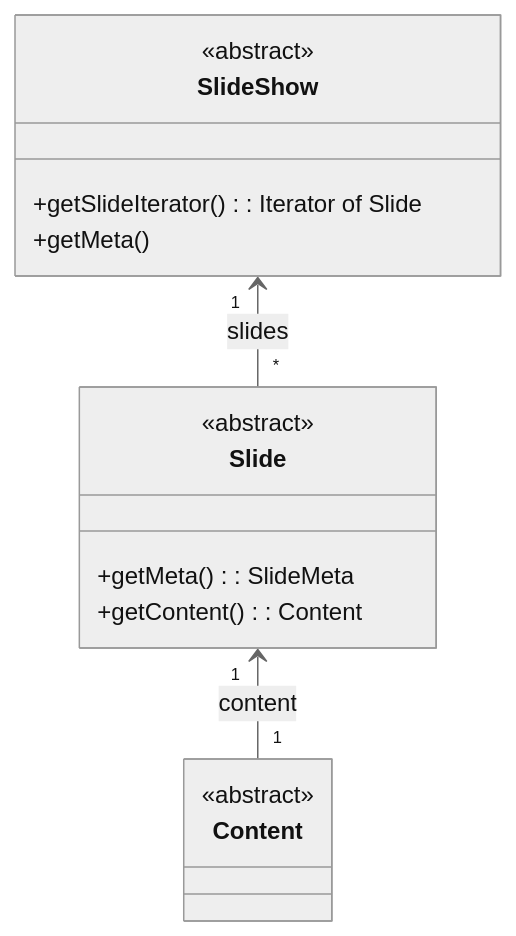
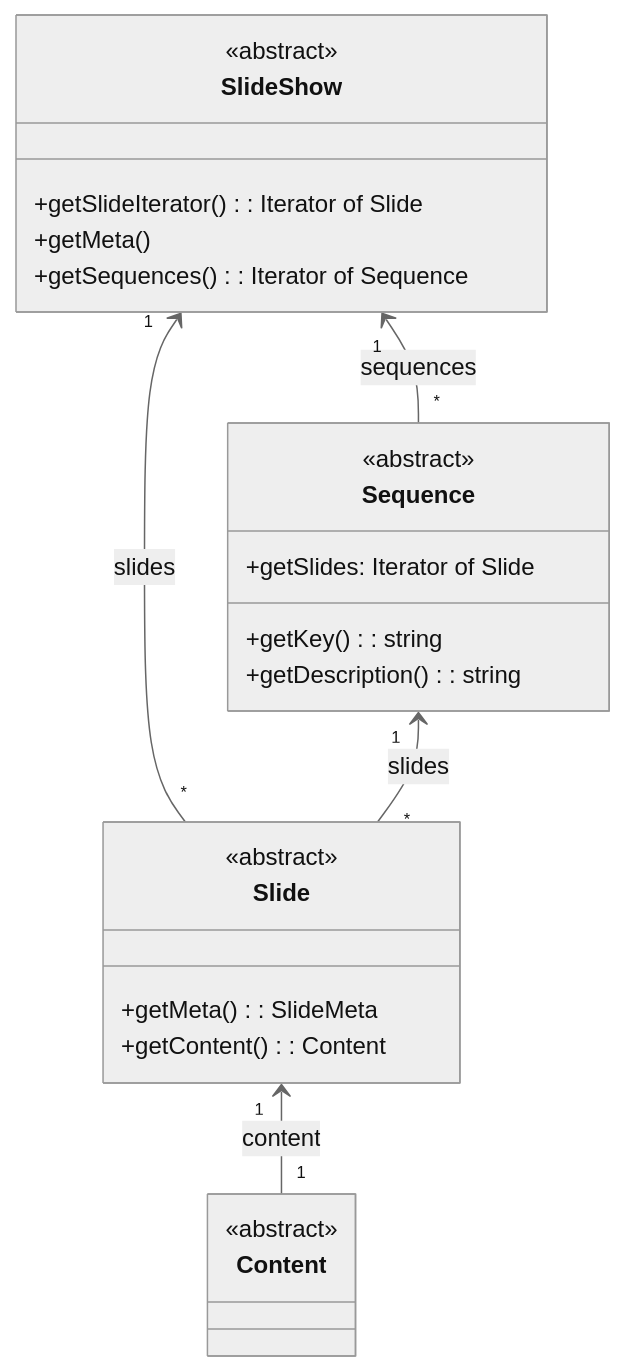
The first of 4 diagrams in domaindesign.md (Borrelhapje/design-for-change), drawn with Mermaid (neutral theme) before and after one commit. The commit also changed other lines of this file and 8 other files, not shown here.

````diff
--- a/domaindesign.md
+++ b/domaindesign.md
@@ -63,19 +72,30 @@
 ```mermaid
 classDiagram
     class SlideShow{
         <<abstract>>
         +getSlideIterator(): Iterator of Slide
         +getMeta()
+        +getSequences(): Iterator of Sequence
     }
+
+class Sequence {
+    <<abstract>>
+    +getKey(): string
+    +getDescription(): string
+    +getSlides: Iterator of Slide
+}
+
 class Slide{
         <<abstract>>
         +getMeta(): SlideMeta
         +getContent(): Content
 }
 class Content{
   <<abstract>>
 }
 
 SlideShow "1" <-- "*" Slide: slides
+SlideShow "1" <-- "*" Sequence: sequences
+Sequence "1" <-- "*" Slide: slides
 Slide "1" <-- "1" Content: content
 ```
````
